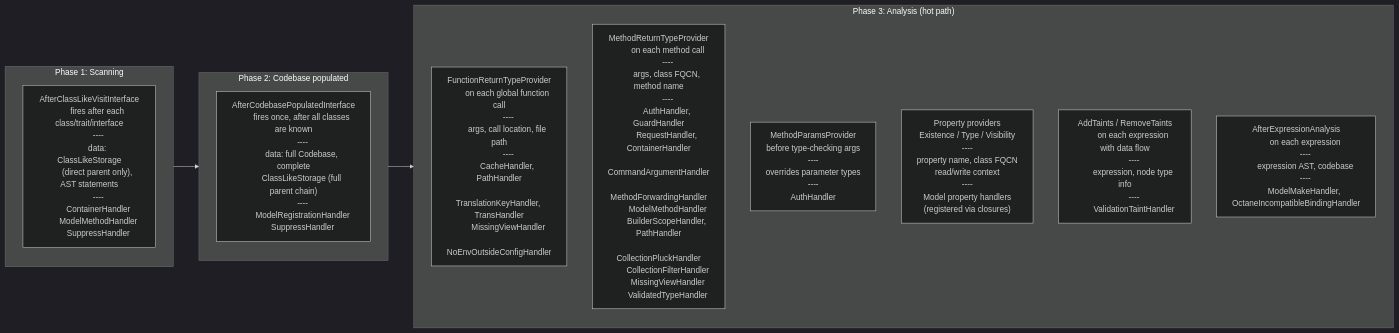
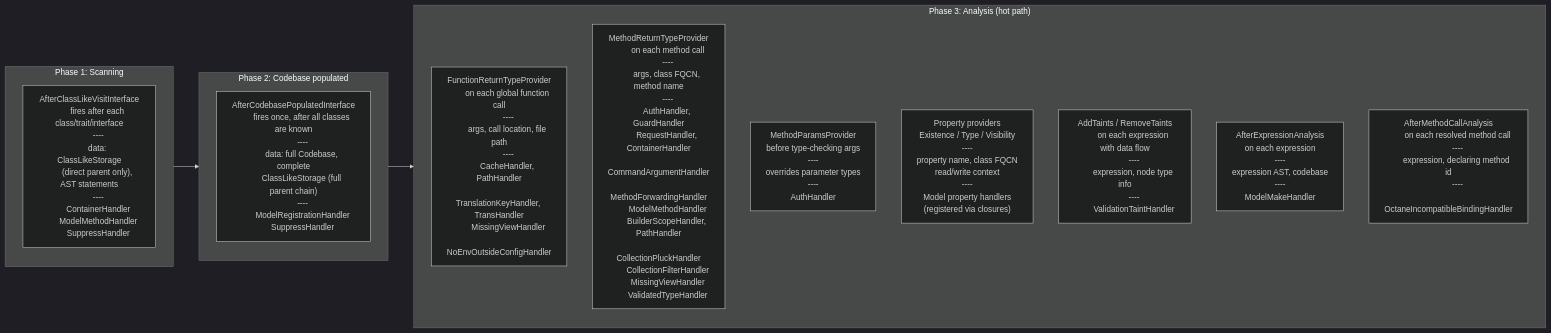
One commit to psalm/psalm-plugin-laravel changed the second of 2 diagrams in docs/contributing/README.md. Above: the diagram before and after it, drawn with Mermaid (dark theme). The commit also changed 4 other files, not shown here.

```diff
--- a/docs/contributing/README.md
+++ b/docs/contributing/README.md
@@ -207,7 +207,14 @@
         ----
         expression AST, codebase
         ----
-        ModelMakeHandler, OctaneIncompatibleBindingHandler"]
+        ModelMakeHandler"]
+
+        A7["AfterMethodCallAnalysis
+        on each resolved method call
+        ----
+        expression, declaring method id
+        ----
+        OctaneIncompatibleBindingHandler"]
     end
 
     scanning --> populated --> analysis
```
